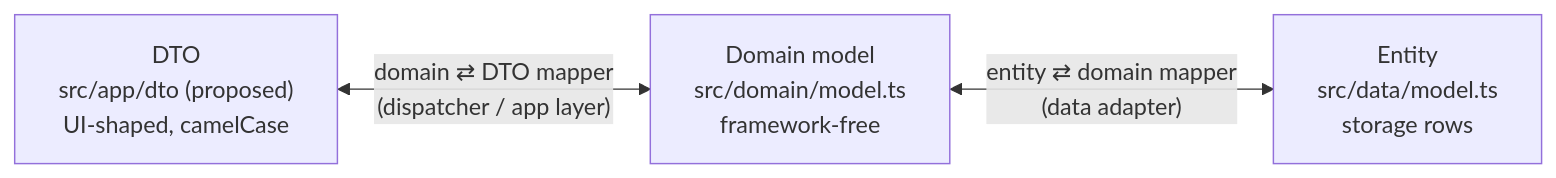
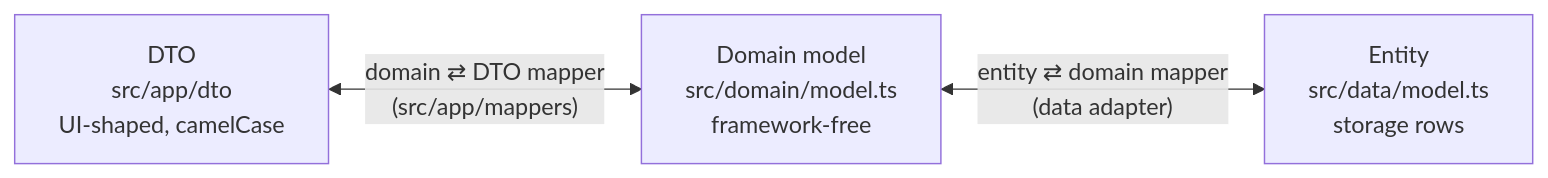
Before and after one commit to janmnovam/NUDZ_gamble: the second of 3 diagrams in docs/architecture.md, drawn with Mermaid. The commit also changed other lines of this file and 4 other files, not shown here.

First line of the commit message:
docs: sync README, architecture and CLAUDE.md with the code

````diff
--- a/docs/architecture.md
+++ b/docs/architecture.md
@@ -63,8 +75,8 @@
 ```mermaid
 flowchart LR
-    DTO["DTO<br/>src/app/dto (proposed)<br/>UI-shaped, camelCase"]
+    DTO["DTO<br/>src/app/dto<br/>UI-shaped, camelCase"]
     DOM["Domain model<br/>src/domain/model.ts<br/>framework-free"]
     ENT["Entity<br/>src/data/model.ts<br/>storage rows"]
-    DTO <-->|"domain ⇄ DTO mapper<br/>(dispatcher / app layer)"| DOM
+    DTO <-->|"domain ⇄ DTO mapper<br/>(src/app/mappers)"| DOM
     DOM <-->|"entity ⇄ domain mapper<br/>(data adapter)"| ENT
 ```
````
